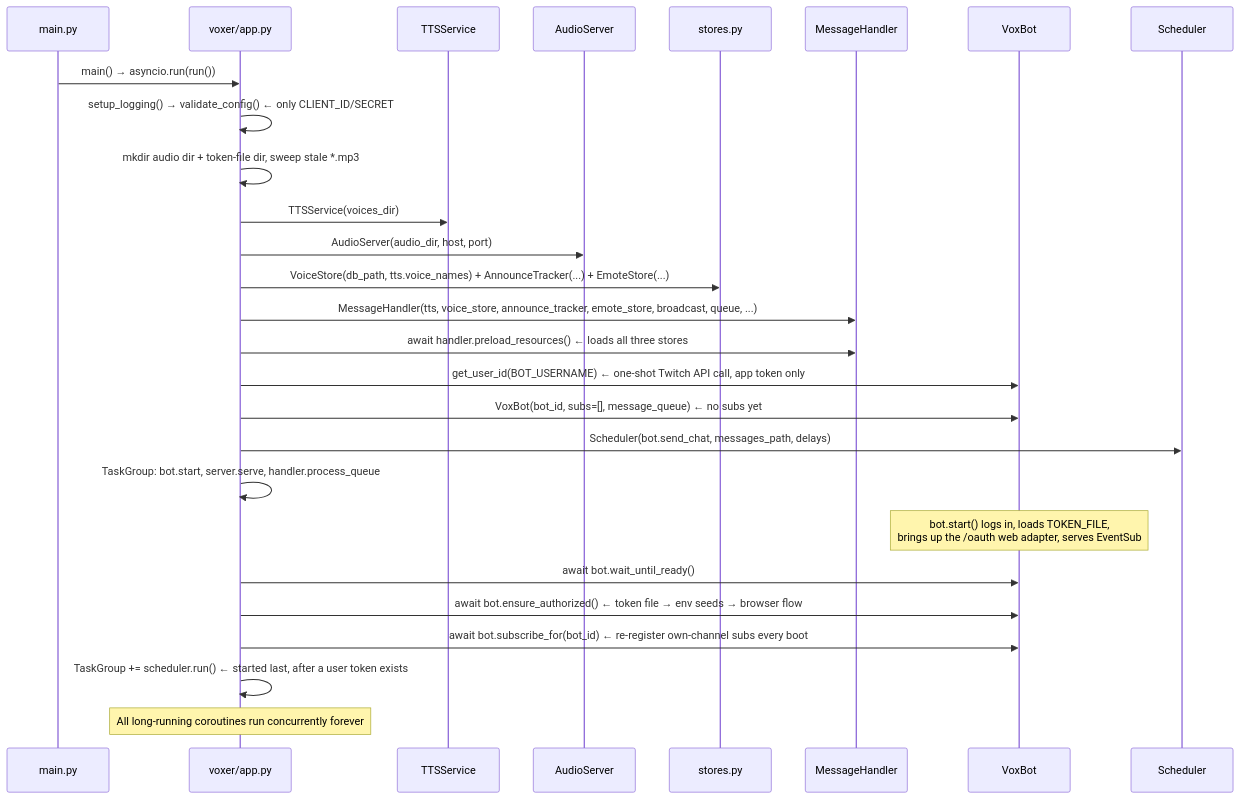
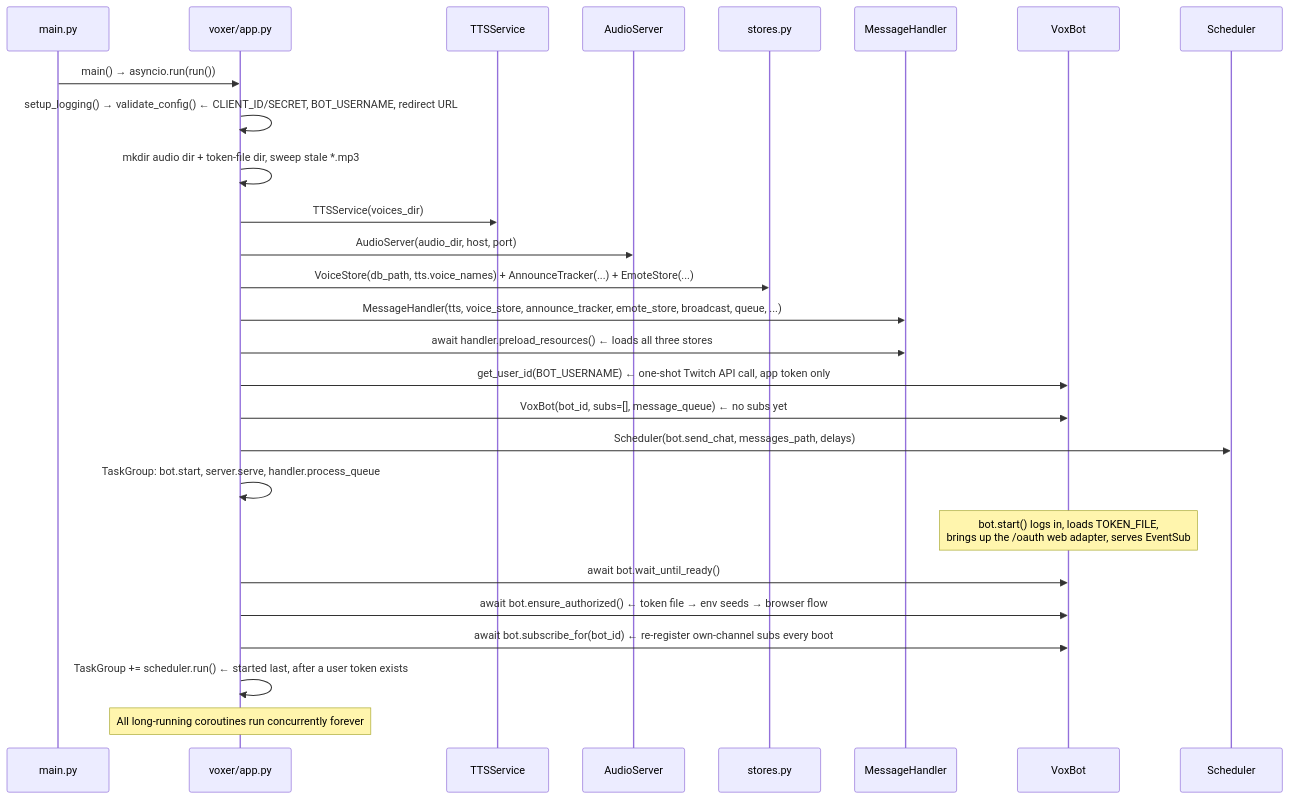
Before and after one commit to w0rxbend/twitch-voxer: the second of 8 diagrams in ARCHITECTURE.md, drawn with Mermaid. The commit also changed 5 other files, not shown here.

First line of the commit message:
fix(config)!: validate the values in use and require the bot username

````diff
--- a/ARCHITECTURE.md
+++ b/ARCHITECTURE.md
@@ -87,30 +87,30 @@
 ```mermaid
 sequenceDiagram
     participant main as main.py
     participant app as voxer/app.py
     participant tts as TTSService
     participant srv as AudioServer
     participant sto as stores.py
     participant hdl as MessageHandler
     participant bot as VoxBot
     participant sch as Scheduler
 
     main->>app: main() → asyncio.run(run())
-    app->>app: setup_logging() → validate_config()  ← only CLIENT_ID/SECRET
+    app->>app: setup_logging() → validate_config()  ← CLIENT_ID/SECRET, BOT_USERNAME, redirect URL
     app->>app: mkdir audio dir + token-file dir, sweep stale *.mp3
     app->>tts: TTSService(voices_dir)
     app->>srv: AudioServer(audio_dir, host, port)
     app->>sto: VoiceStore(db_path, tts.voice_names) + AnnounceTracker(...) + EmoteStore(...)
     app->>hdl: MessageHandler(tts, voice_store, announce_tracker, emote_store, broadcast, queue, ...)
     app->>hdl: await handler.preload_resources()  ← loads all three stores
     app->>bot: get_user_id(BOT_USERNAME)  ← one-shot Twitch API call, app token only
     app->>bot: VoxBot(bot_id, subs=[], message_queue)  ← no subs yet
     app->>sch: Scheduler(bot.send_chat, messages_path, delays)
     app->>app: TaskGroup: bot.start, server.serve, handler.process_queue
     Note over bot: bot.start() logs in, loads TOKEN_FILE,<br/>brings up the /oauth web adapter, serves EventSub
     app->>bot: await bot.wait_until_ready()
     app->>bot: await bot.ensure_authorized()  ← token file → env seeds → browser flow
     app->>bot: await bot.subscribe_for(bot_id)  ← re-register own-channel subs every boot
     app->>app: TaskGroup += scheduler.run()  ← started last, after a user token exists
     Note over app: All long-running coroutines run concurrently forever
 ```
````
